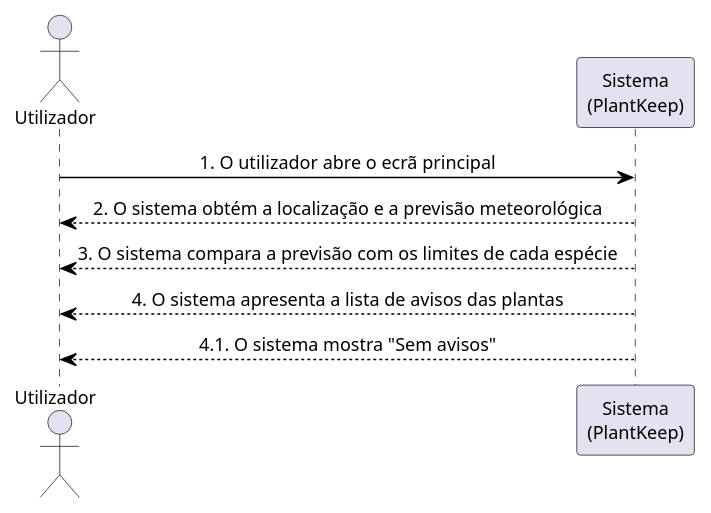
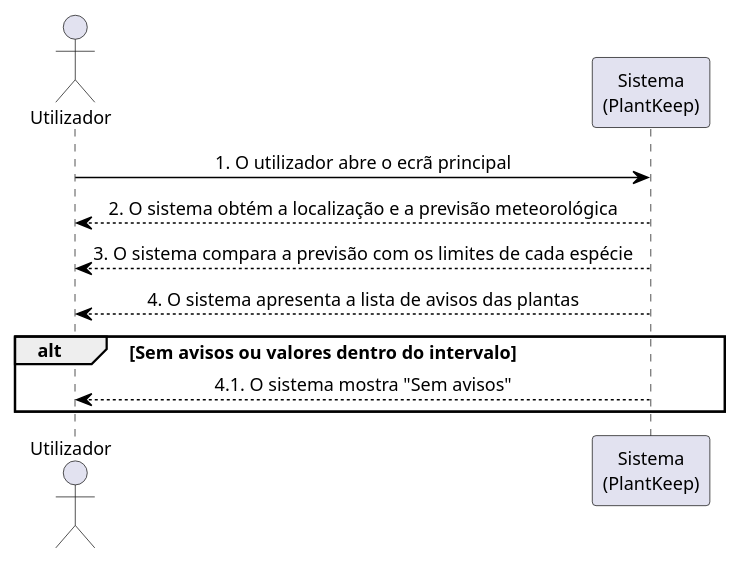
Before and after one commit to compaqle/DSSMV_ProjectDroid_1251486_1251506: the diagram in .docs/diagramas/SSDs/uc06.puml, drawn with PlantUML. The commit also changed 9 other files, not shown here.

```diff
--- a/.docs/diagramas/SSDs/uc06.puml
+++ b/.docs/diagramas/SSDs/uc06.puml
@@ -1,13 +1,15 @@
 @startuml
 skinparam defaultFontSize 12
 skinparam sequenceMessageAlign center
 skinparam ArrowColor #000000
 skinparam sequenceArrowColor #000000
 actor "Utilizador" as u
 participant "Sistema\n(PlantKeep)" as s
 u -> s : 1. O utilizador abre o ecrã principal
 s --> u : 2. O sistema obtém a localização e a previsão meteorológica
 s --> u : 3. O sistema compara a previsão com os limites de cada espécie
 s --> u : 4. O sistema apresenta a lista de avisos das plantas
-s --> u : 4.1. O sistema mostra "Sem avisos"
+alt Sem avisos ou valores dentro do intervalo
+    s --> u : 4.1. O sistema mostra "Sem avisos"
+end
 @enduml
```
